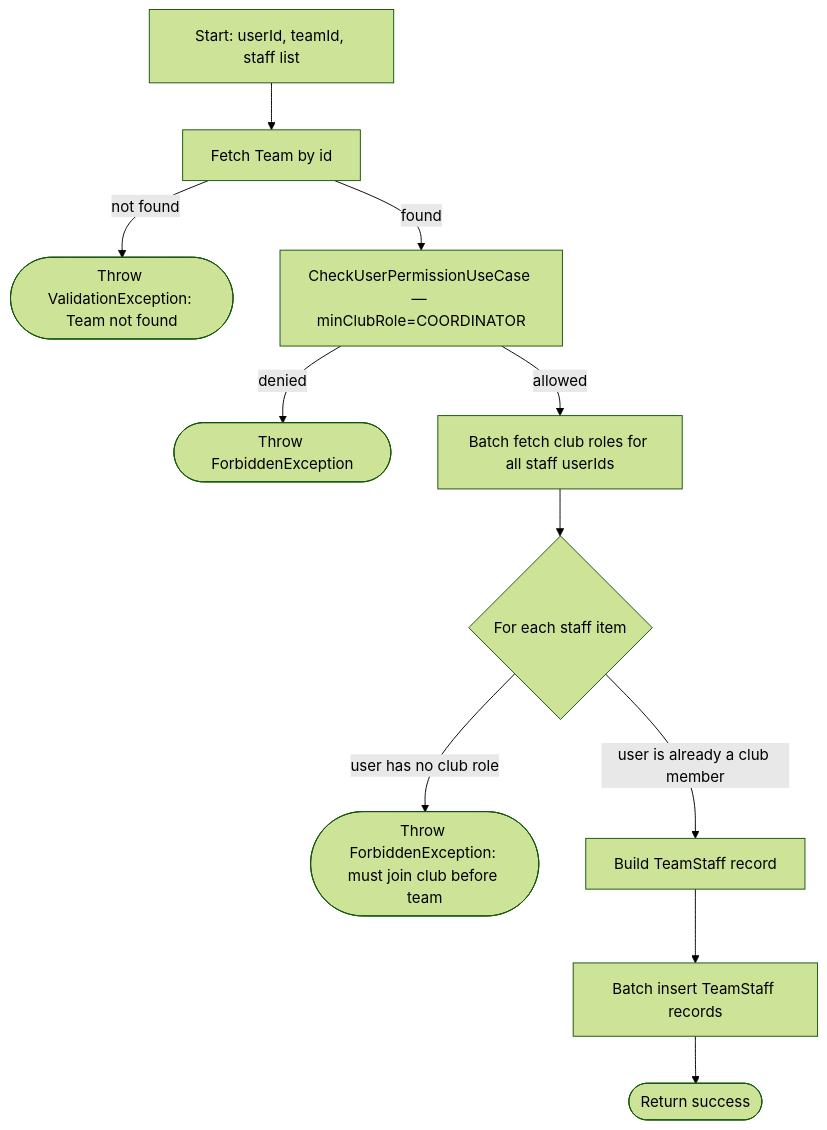
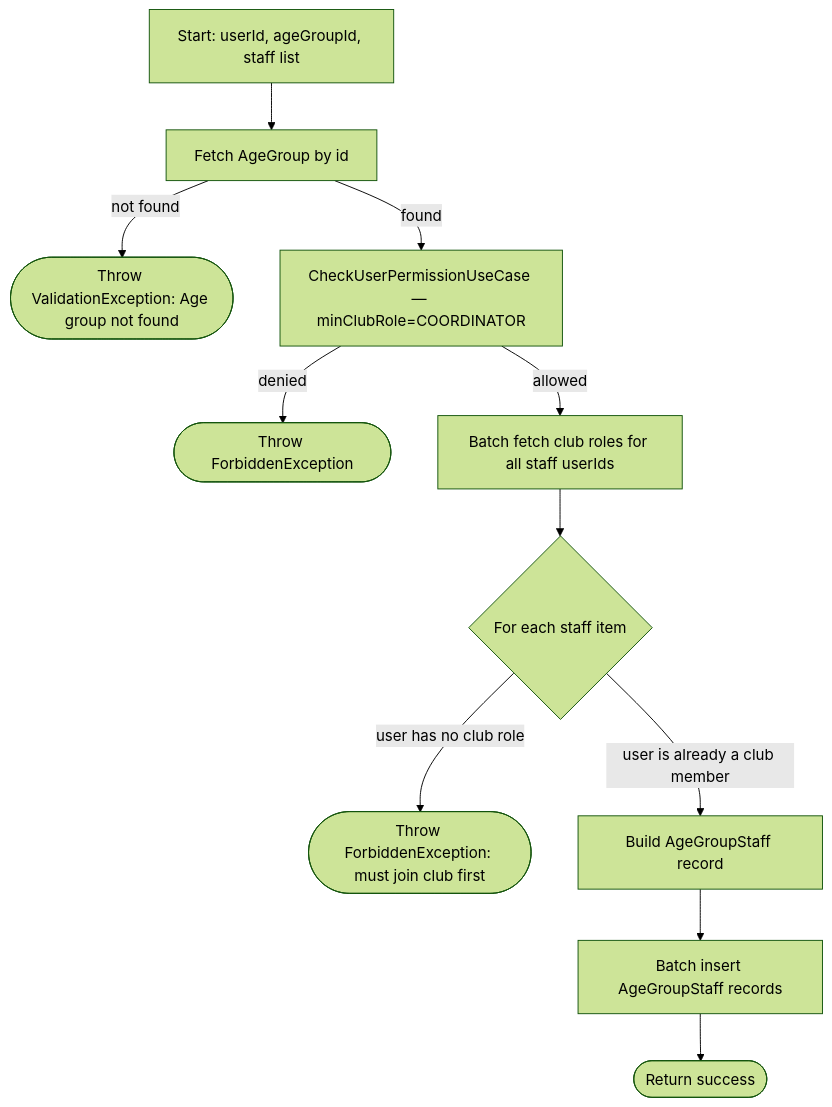
One commit to ricardofrango/squadify changed diagram 24 of 37 in PROCESS_FLOWS.md. Above: the diagram before and after it, drawn with Mermaid (forest theme). The commit also changed other lines of this file and 57 other files, not shown here.

````diff
--- a/PROCESS_FLOWS.md
+++ b/PROCESS_FLOWS.md
@@ -462,13 +478,13 @@
 ```mermaid
 graph TD
-    A[Start: userId, teamId, staff list] --> B[Fetch Team by id]
-    B -- not found --> V(["Throw ValidationException: Team not found"])
+    A[Start: userId, ageGroupId, staff list] --> B[Fetch AgeGroup by id]
+    B -- not found --> V(["Throw ValidationException: Age group not found"])
     B -- found --> C[CheckUserPermissionUseCase — minClubRole=COORDINATOR]
     C -- denied --> F(["Throw ForbiddenException"])
     C -- allowed --> D[Batch fetch club roles for all staff userIds]
     D --> E{For each staff item}
-    E -- user has no club role --> FB(["Throw ForbiddenException: must join club before team"])
-    E -- user is already a club member --> G[Build TeamStaff record]
-    G --> H[Batch insert TeamStaff records]
+    E -- user has no club role --> FB(["Throw ForbiddenException: must join club first"])
+    E -- user is already a club member --> G[Build AgeGroupStaff record]
+    G --> H[Batch insert AgeGroupStaff records]
     H --> Z(["Return success"])
 ```
````
